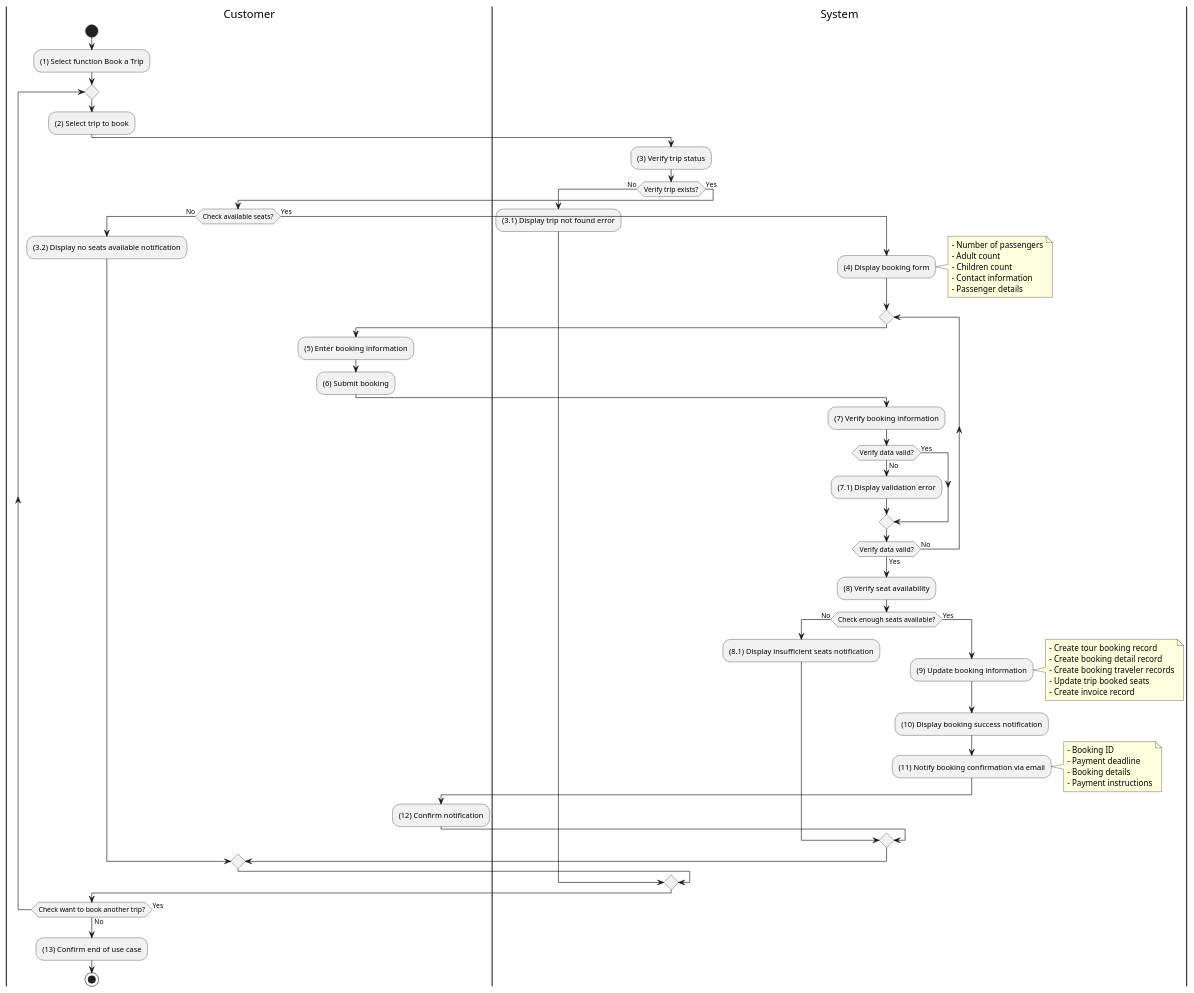
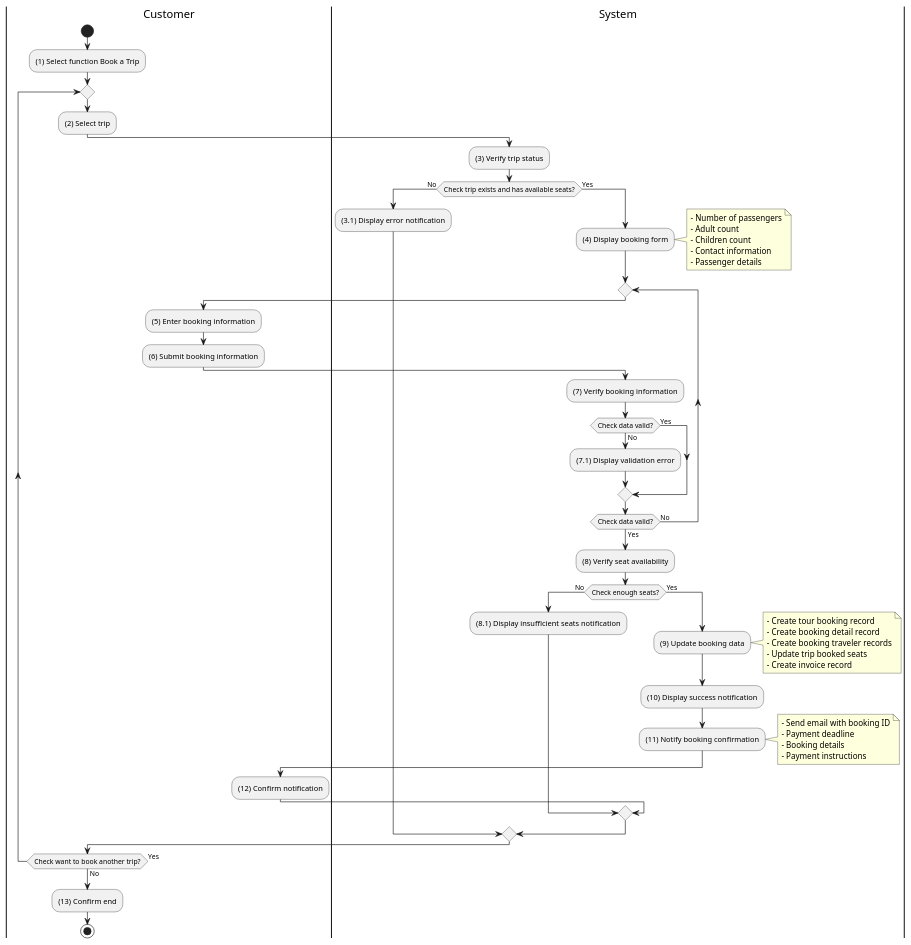
The diagram in docs/docs/activity/manage-personal-booking/book-a-trip.md (SE357-TMS/SE357-TMS.github.io), drawn with PlantUML before and after one commit. The commit also changed 14 other files, not shown here.

Commit message:
feat(activity): add activity diagrams for cart and booking use cases

```diff
--- a/docs/docs/activity/manage-personal-booking/book-a-trip.md
+++ b/docs/docs/activity/manage-personal-booking/book-a-trip.md
@@ -11,73 +11,68 @@
 :(1) Select function Book a Trip;
 
 repeat
-  :(2) Select trip to book;
+  :(2) Select trip;
 
   |S|
   :(3) Verify trip status;
 
-  if (Verify trip exists?) then (No)
-    :(3.1) Display trip not found error;
+  if (Check trip exists and has available seats?) then (No)
+    :(3.1) Display error notification;
     |C|
   else (Yes)
-    if (Check available seats?) then (No)
-      :(3.2) Display no seats available notification;
+    |S|
+    :(4) Display booking form;
+    note right
+      - Number of passengers
+      - Adult count
+      - Children count
+      - Contact information
+      - Passenger details
+    end note
+
+    repeat
+      |C|
+      :(5) Enter booking information;
+      :(6) Submit booking information;
+
+      |S|
+      :(7) Verify booking information;
+      if (Check data valid?) then (No)
+        :(7.1) Display validation error;
+      else (Yes)
+      endif
+    repeat while (Check data valid?) is (No) not (Yes)
+
+    :(8) Verify seat availability;
+    if (Check enough seats?) then (No)
+      :(8.1) Display insufficient seats notification;
       |C|
     else (Yes)
       |S|
-      :(4) Display booking form;
+      :(9) Update booking data;
       note right
-        - Number of passengers
-        - Adult count
-        - Children count
-        - Contact information
-        - Passenger details
+        - Create tour booking record
+        - Create booking detail record
+        - Create booking traveler records
+        - Update trip booked seats
+        - Create invoice record
+      end note
+      :(10) Display success notification;
+      :(11) Notify booking confirmation;
+      note right
+        - Send email with booking ID
+        - Payment deadline
+        - Booking details
+        - Payment instructions
       end note
 
-      repeat
-        |C|
-        :(5) Enter booking information;
-        :(6) Submit booking;
-
-        |S|
-        :(7) Verify booking information;
-        if (Verify data valid?) then (No)
-          :(7.1) Display validation error;
-        else (Yes)
-        endif
-      repeat while (Verify data valid?) is (No) not (Yes)
-
-      :(8) Verify seat availability;
-      if (Check enough seats available?) then (No)
-        :(8.1) Display insufficient seats notification;
-        |C|
-      else (Yes)
-        |S|
-        :(9) Update booking information;
-        note right
-          - Create tour booking record
-          - Create booking detail record
-          - Create booking traveler records
-          - Update trip booked seats
-          - Create invoice record
-        end note
-        :(10) Display booking success notification;
-        :(11) Notify booking confirmation via email;
-        note right
-          - Booking ID
-          - Payment deadline
-          - Booking details
-          - Payment instructions
-        end note
-
-        |C|
-        :(12) Confirm notification;
-      endif
+      |C|
+      :(12) Confirm notification;
     endif
   endif
 repeat while (Check want to book another trip?) is (Yes) not (No)
 
-:(13) Confirm end of use case;
+:(13) Confirm end;
 
 stop
 
```
